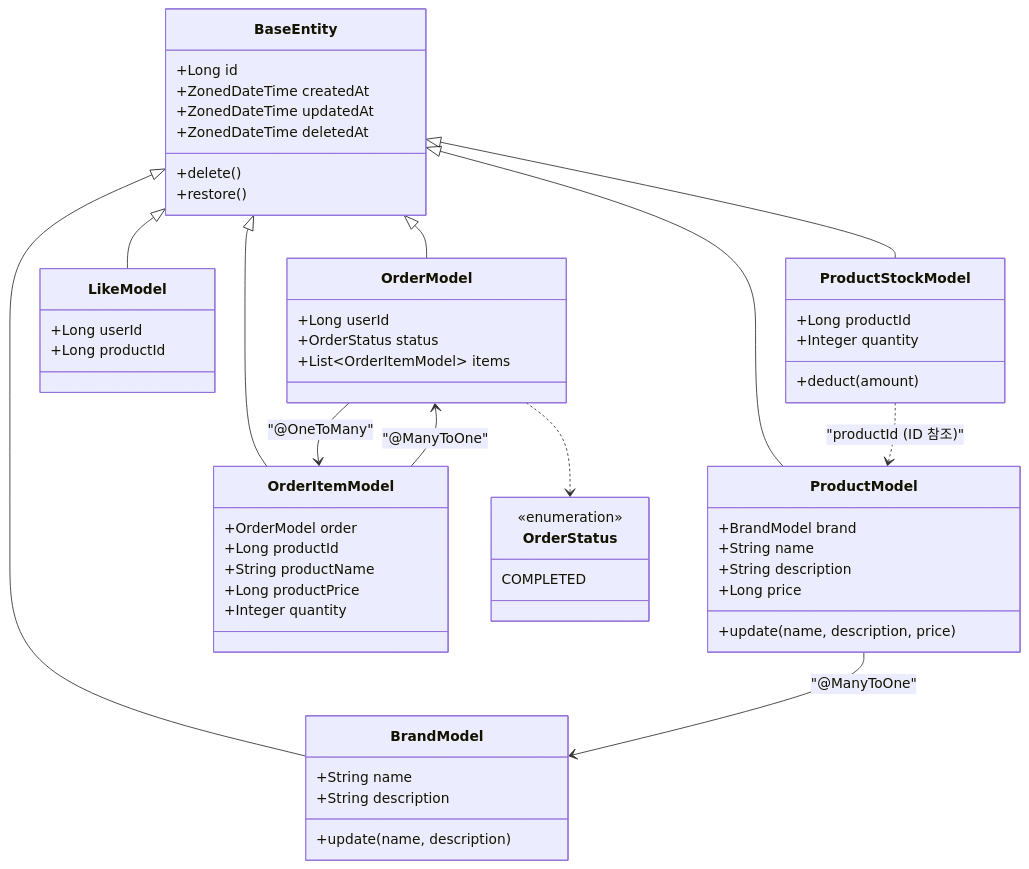
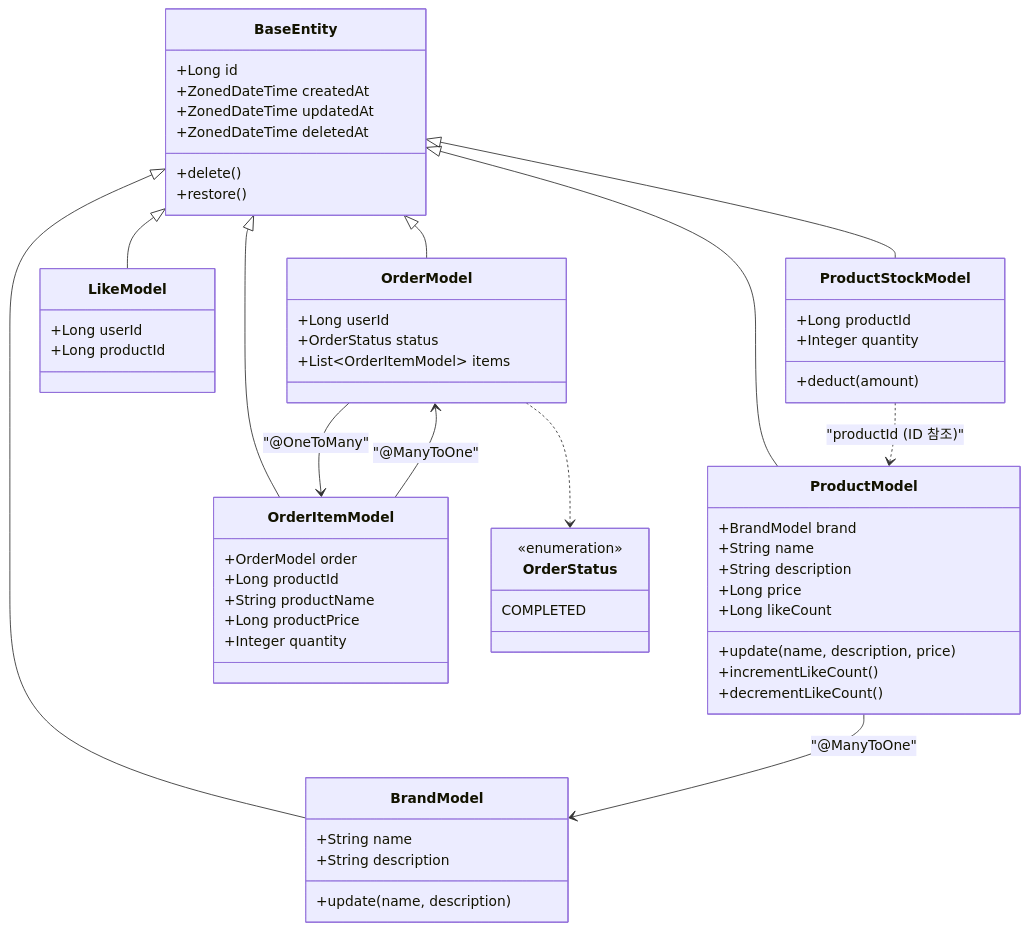
One commit to Hangju0610/loop-pack-be-l2-vol4-java changed the diagram in docs/v3/class.md. Above: the diagram before and after it, drawn with Mermaid. The commit also changed 4 other files, not shown here.

First line of the commit message:
docs: likeCount DB 비정규화 전략 채택 및 관련 설계 문서 전면 수정

````diff
--- a/docs/v3/class.md
+++ b/docs/v3/class.md
@@ -5,67 +5,70 @@
 ```mermaid
 classDiagram
     class BaseEntity {
         +Long id
         +ZonedDateTime createdAt
         +ZonedDateTime updatedAt
         +ZonedDateTime deletedAt
         +delete()
         +restore()
     }
 
     class BrandModel {
         +String name
         +String description
         +update(name, description)
     }
 
     class ProductModel {
         +BrandModel brand
         +String name
         +String description
         +Long price
+        +Long likeCount
         +update(name, description, price)
+        +incrementLikeCount()
+        +decrementLikeCount()
     }
 
     class ProductStockModel {
         +Long productId
         +Integer quantity
         +deduct(amount)
     }
 
     class LikeModel {
         +Long userId
         +Long productId
     }
 
     class OrderModel {
         +Long userId
         +OrderStatus status
         +List~OrderItemModel~ items
     }
 
     class OrderItemModel {
         +OrderModel order
         +Long productId
         +String productName
         +Long productPrice
         +Integer quantity
     }
 
     class OrderStatus {
         <<enumeration>>
         COMPLETED
     }
 
     BaseEntity <|-- BrandModel
     BaseEntity <|-- ProductModel
     BaseEntity <|-- ProductStockModel
     BaseEntity <|-- LikeModel
     BaseEntity <|-- OrderModel
     BaseEntity <|-- OrderItemModel
     ProductModel --> BrandModel : "@ManyToOne"
     ProductStockModel ..> ProductModel : "productId (ID 참조)"
     OrderModel --> OrderItemModel : "@OneToMany"
     OrderItemModel --> OrderModel : "@ManyToOne"
     OrderModel ..> OrderStatus
 ```
````
